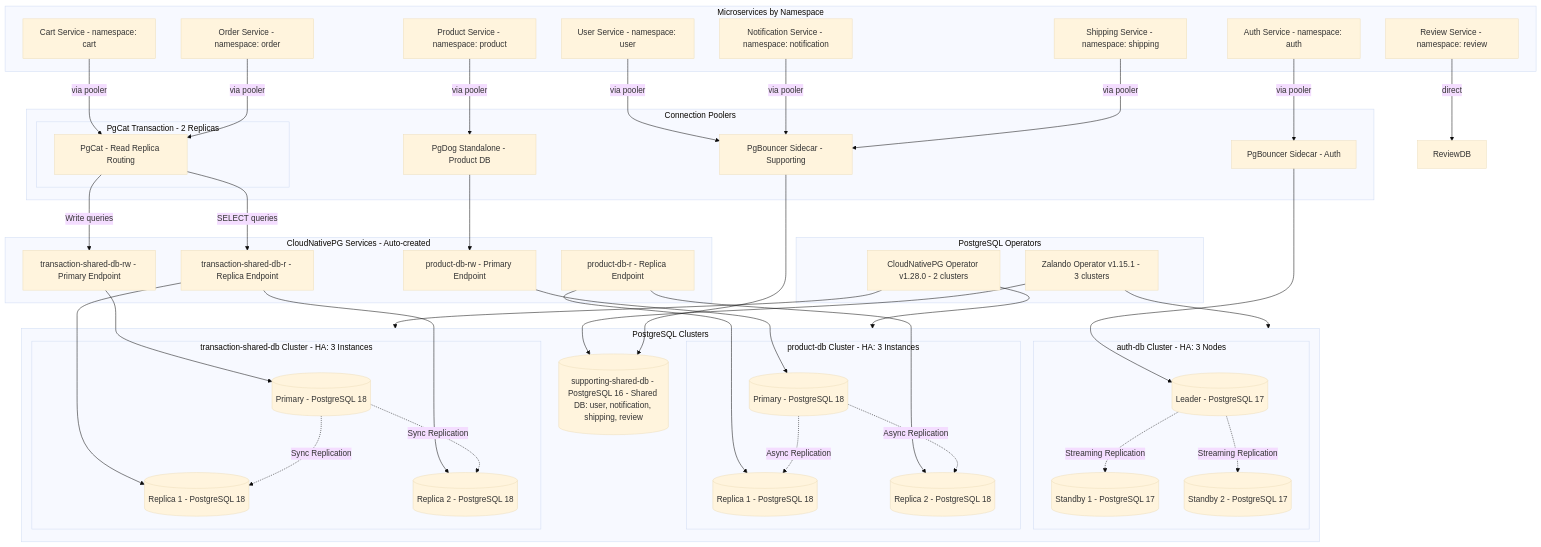
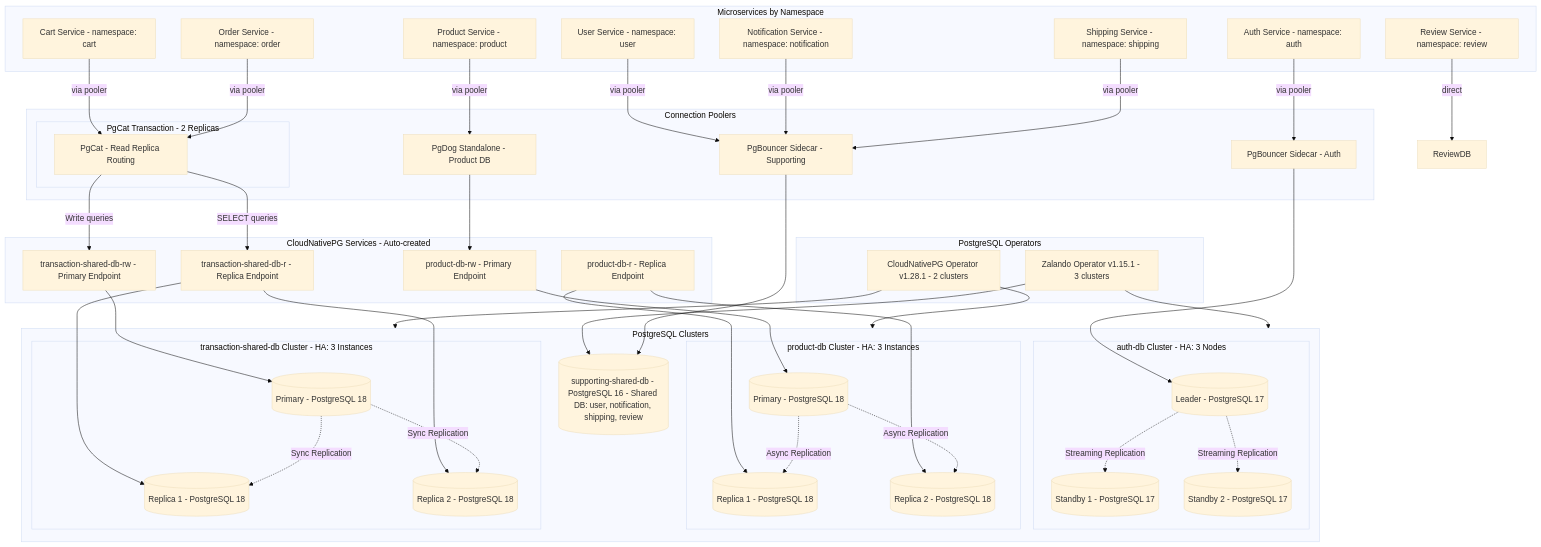
One commit to duynhlab/homelab changed the first of 2 diagrams in docs/databases/database.md. Above: the diagram before and after it, drawn with Mermaid (base theme). The commit also changed other lines of this file and 10 other files, not shown here.

```diff
--- a/docs/databases/database.md
+++ b/docs/databases/database.md
@@ -32,7 +32,7 @@
 flowchart TB
     subgraph Operators["PostgreSQL Operators"]
         Zalando["Zalando Operator v1.15.1 - 3 clusters"]
-        CloudNativePG["CloudNativePG Operator v1.28.0 - 2 clusters"]
+        CloudNativePG["CloudNativePG Operator v1.28.1 - 2 clusters"]
     end
     
     subgraph Services["Microservices by Namespace"]
```
